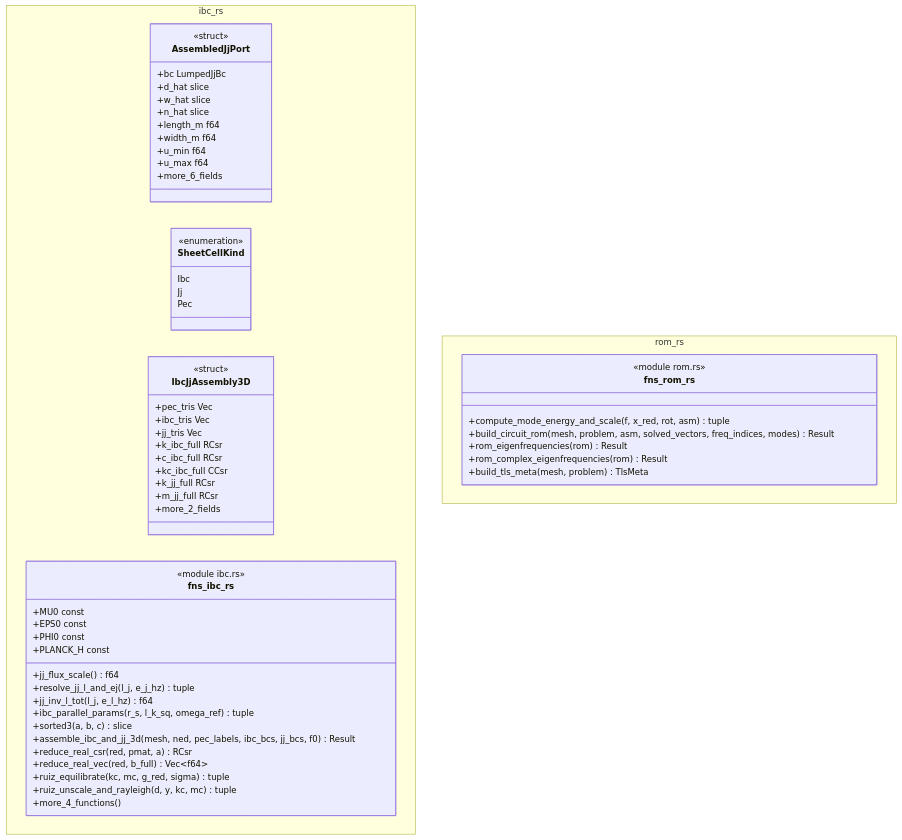
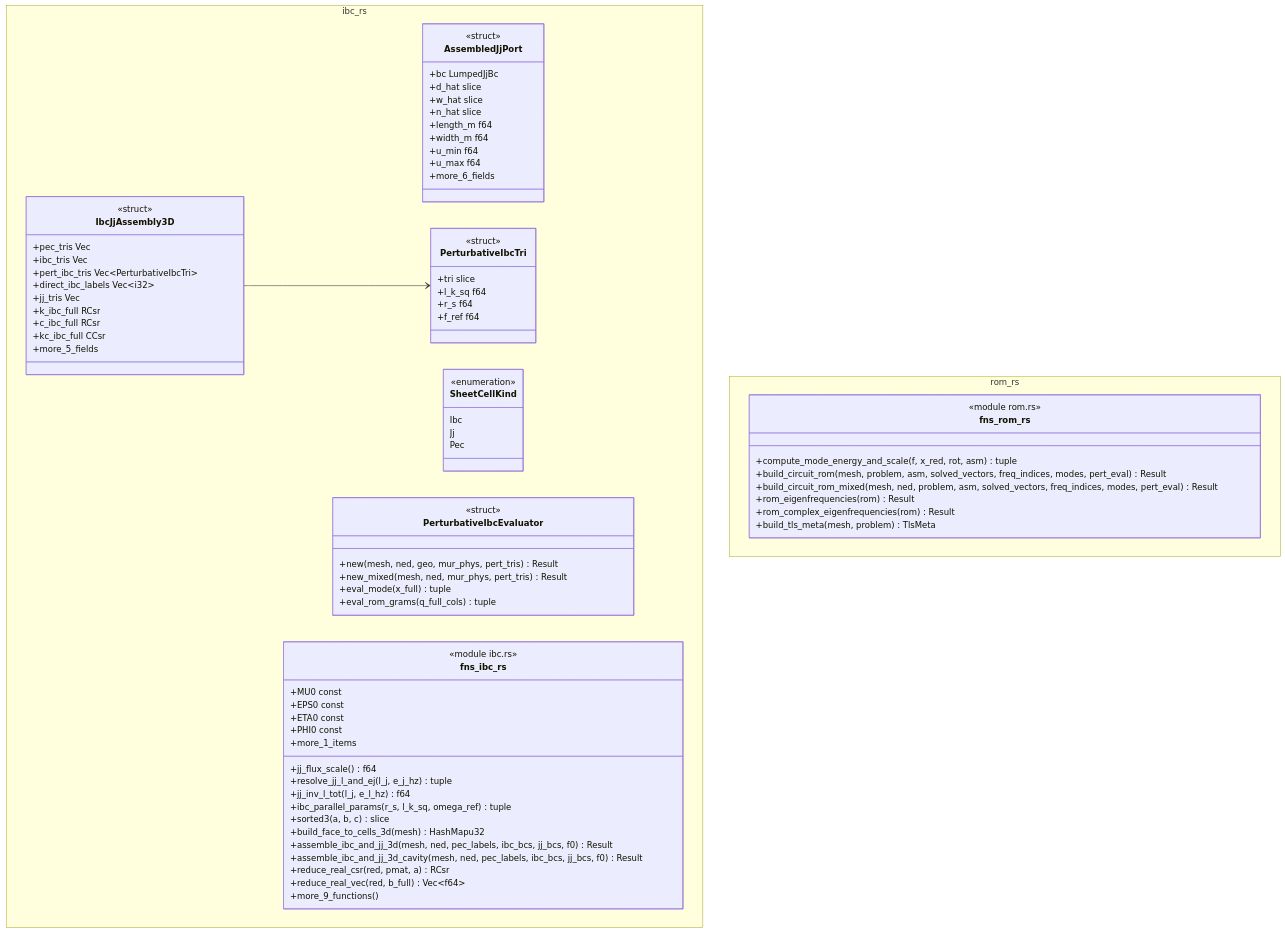
One commit to p-j-r/nyx changed the diagram in docs/architecture/c4/4-code/ems/ibc.md. Above: the diagram before and after it, drawn with Mermaid. The commit also changed other lines of this file and 110 other files, not shown here.

````diff
--- a/docs/architecture/c4/4-code/ems/ibc.md
+++ b/docs/architecture/c4/4-code/ems/ibc.md
@@ -43,63 +45,80 @@
 ```mermaid
 classDiagram
   namespace ibc_rs {
     class AssembledJjPort {
         <<struct>>
         +bc LumpedJjBc
         +d_hat slice
         +w_hat slice
         +n_hat slice
         +length_m f64
         +width_m f64
         +u_min f64
         +u_max f64
         +more_6_fields
     }
     class SheetCellKind {
         <<enumeration>>
         Ibc
         Jj
         Pec
     }
+    class PerturbativeIbcTri {
+        <<struct>>
+        +tri slice
+        +l_k_sq f64
+        +r_s f64
+        +f_ref f64
+    }
     class IbcJjAssembly3D {
         <<struct>>
         +pec_tris Vec
         +ibc_tris Vec
+        +pert_ibc_tris Vec~PerturbativeIbcTri~
+        +direct_ibc_labels Vec~i32~
         +jj_tris Vec
         +k_ibc_full RCsr
         +c_ibc_full RCsr
         +kc_ibc_full CCsr
-        +k_jj_full RCsr
-        +m_jj_full RCsr
-        +more_2_fields
+        +more_5_fields
+    }
+    class PerturbativeIbcEvaluator {
+        <<struct>>
+        +new(mesh, ned, geo, mur_phys, pert_tris) Result
+        +new_mixed(mesh, ned, mur_phys, pert_tris) Result
+        +eval_mode(x_full) tuple
+        +eval_rom_grams(q_full_cols) tuple
     }
     class fns_ibc_rs {
         <<module ibc.rs>>
         +jj_flux_scale() f64
         +resolve_jj_l_and_ej(l_j, e_j_hz) tuple
         +jj_inv_l_tot(l_j, e_l_hz) f64
         +ibc_parallel_params(r_s, l_k_sq, omega_ref) tuple
         +sorted3(a, b, c) slice
+        +build_face_to_cells_3d(mesh) HashMapu32
         +assemble_ibc_and_jj_3d(mesh, ned, pec_labels, ibc_bcs, jj_bcs, f0) Result
+        +assemble_ibc_and_jj_3d_cavity(mesh, ned, pec_labels, ibc_bcs, jj_bcs, f0) Result
         +reduce_real_csr(red, pmat, a) RCsr
         +reduce_real_vec(red, b_full) Vec~f64~
-        +ruiz_equilibrate(kc, mc, g_red, sigma) tuple
-        +ruiz_unscale_and_rayleigh(d, y, kc, mc) tuple
-        +more_4_functions()
+        +more_9_functions()
         +MU0 const
         +EPS0 const
+        +ETA0 const
         +PHI0 const
-        +PLANCK_H const
+        +more_1_items
     }
   }
   namespace rom_rs {
     class fns_rom_rs {
         <<module rom.rs>>
         +compute_mode_energy_and_scale(f, x_red, rot, asm) tuple
-        +build_circuit_rom(mesh, problem, asm, solved_vectors, freq_indices, modes) Result
+        +build_circuit_rom(mesh, problem, asm, solved_vectors, freq_indices, modes, pert_eval) Result
+        +build_circuit_rom_mixed(mesh, ned, problem, asm, solved_vectors, freq_indices, modes, pert_eval) Result
         +rom_eigenfrequencies(rom) Result
         +rom_complex_eigenfrequencies(rom) Result
         +build_tls_meta(mesh, problem) TlsMeta
     }
   }
+  IbcJjAssembly3D --> PerturbativeIbcTri
 ```
````
